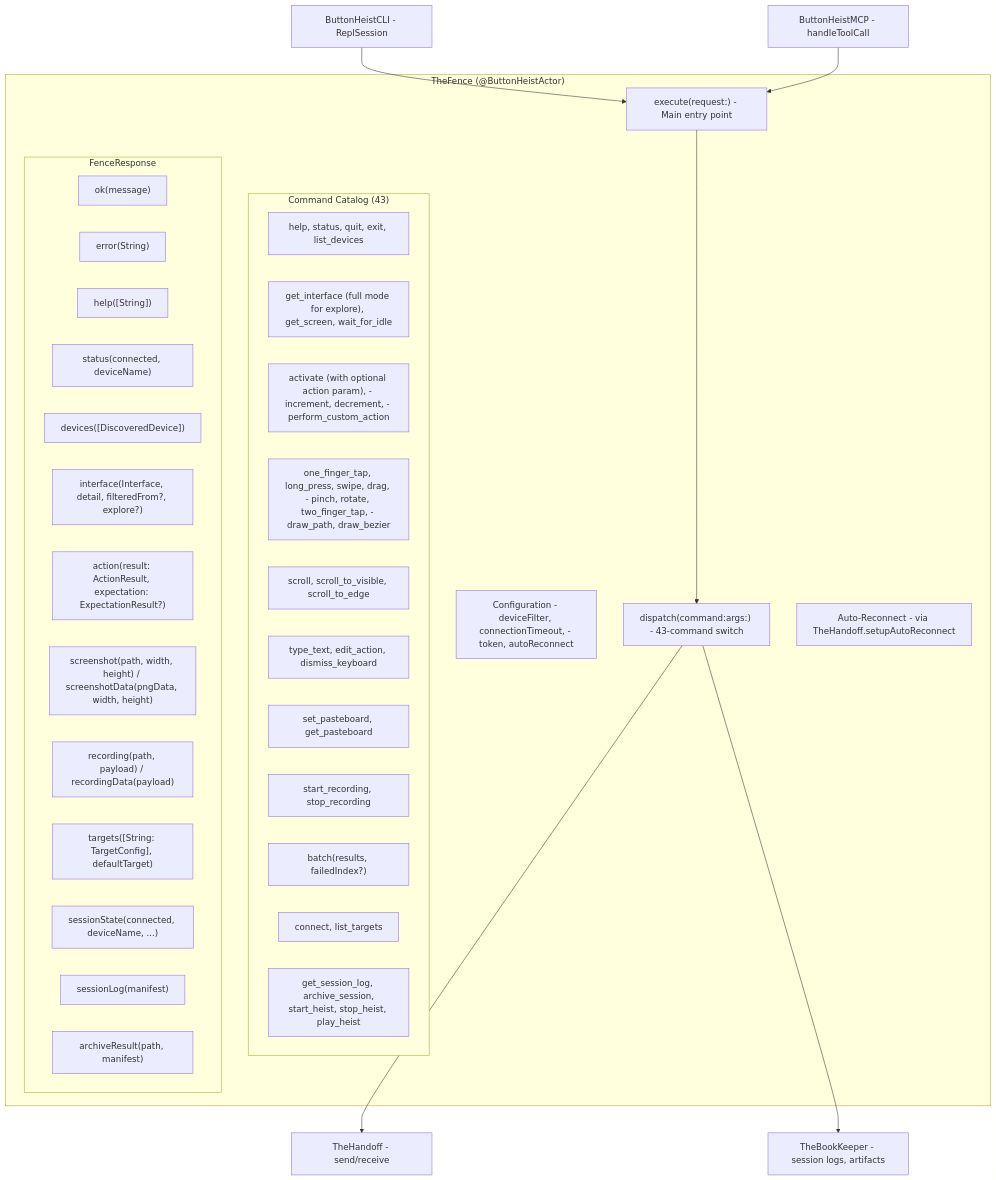
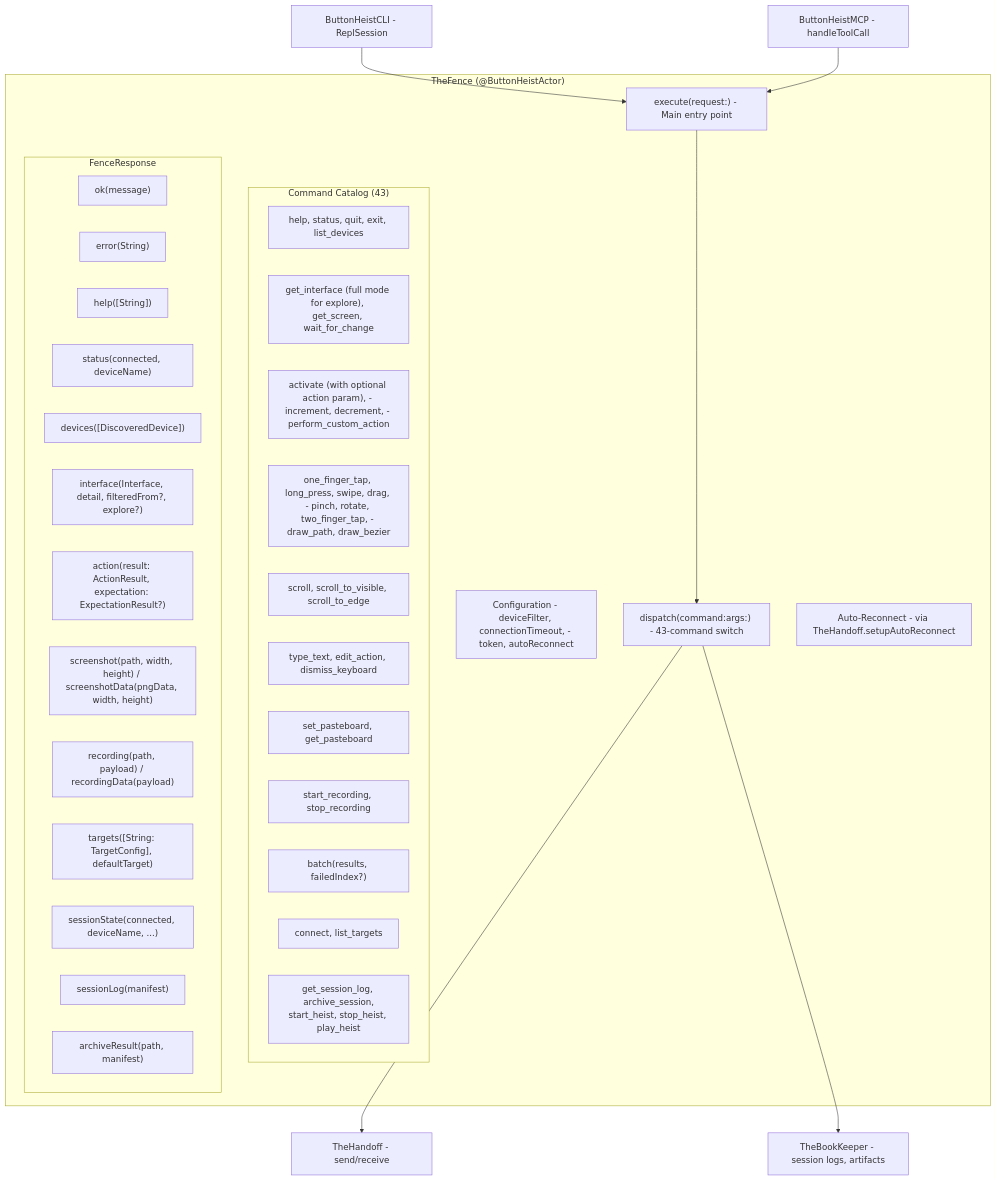
One commit to RoyalPineapple/TheButtonHeist changed the first of 3 diagrams in docs/dossiers/03-THEFENCE.md. Above: the diagram before and after it, drawn with Mermaid. The commit also changed 11 other files, not shown here.

````diff
--- a/docs/dossiers/03-THEFENCE.md
+++ b/docs/dossiers/03-THEFENCE.md
@@ -29,46 +29,46 @@
 ```mermaid
 graph TD
     subgraph TheFence["TheFence (@ButtonHeistActor)"]
         Config["Configuration - deviceFilter, connectionTimeout, - token, autoReconnect"]
         Execute["execute(request:) - Main entry point"]
         Dispatch["dispatch(command:args:) - 43-command switch"]
         Reconnect["Auto-Reconnect - via TheHandoff.setupAutoReconnect"]
 
         subgraph Commands["Command Catalog (43)"]
             Conn["help, status, quit, exit, list_devices"]
-            IF["get_interface (full mode for explore), get_screen, wait_for_idle"]
+            IF["get_interface (full mode for explore), get_screen, wait_for_change"]
             Access["activate (with optional action param), - increment, decrement, - perform_custom_action"]
             Gesture["one_finger_tap, long_press, swipe, drag, - pinch, rotate, two_finger_tap, - draw_path, draw_bezier"]
             Scroll["scroll, scroll_to_visible, scroll_to_edge"]
             Text["type_text, edit_action, dismiss_keyboard"]
             Pasteboard["set_pasteboard, get_pasteboard"]
             Rec["start_recording, stop_recording"]
             Batch["run_batch, get_session_state, wait_for"]
             Target["connect, list_targets"]
             BookKeeper["get_session_log, archive_session,\nstart_heist, stop_heist, play_heist"]
         end
 
         subgraph Response["FenceResponse"]
             Ok["ok(message)"]
             Err["error(String)"]
             Help["help([String])"]
             Status["status(connected, deviceName)"]
             DevList["devices([DiscoveredDevice])"]
             IFResp["interface(Interface, detail, filteredFrom?, explore?)"]
             Action["action(result: ActionResult, expectation: ExpectationResult?)"]
             Screenshot["screenshot(path, width, height) / screenshotData(pngData, width, height)"]
             Recording["recording(path, payload) / recordingData(payload)"]
             Targets["targets([String: TargetConfig], defaultTarget)"]
             Batch["batch(results, failedIndex?)"]
             SessionState["sessionState(connected, deviceName, ...)"]
             SessionLog["sessionLog(manifest)"]
             ArchiveResult["archiveResult(path, manifest)"]
         end
     end
 
     CLI["ButtonHeistCLI - ReplSession"] --> Execute
     MCP["ButtonHeistMCP - handleToolCall"] --> Execute
     Execute --> Dispatch
     Dispatch --> Client["TheHandoff - send/receive"]
     Dispatch --> BookKeeperObj["TheBookKeeper - session logs, artifacts"]
 ```
````
